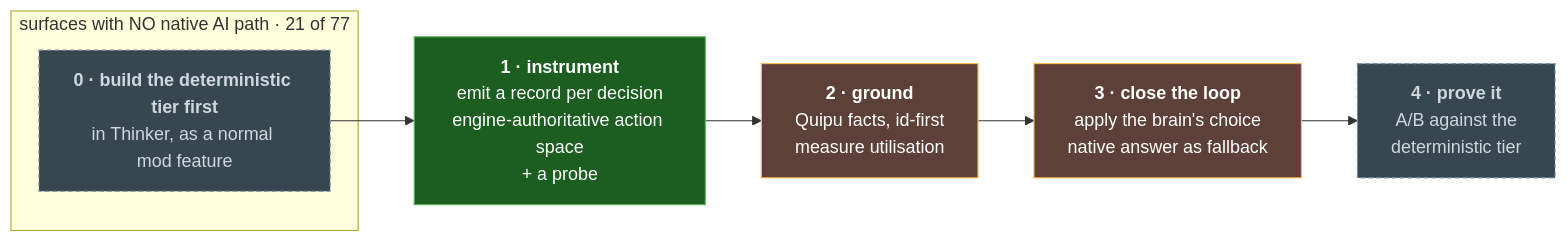
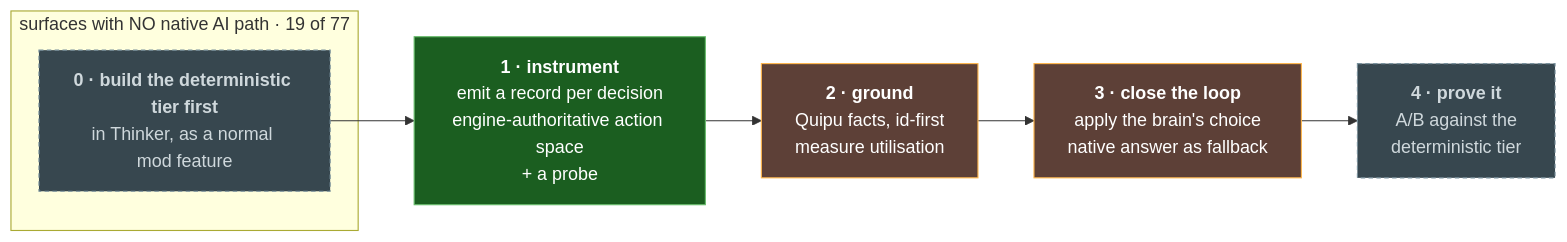
Before and after one commit to scbrown/NeuralAmplifier: the diagram in README.md, drawn with Mermaid. The commit also changed other lines of this file, not shown here.

````diff
--- a/README.md
+++ b/README.md
@@ -242,21 +251,21 @@
 ```mermaid
 flowchart LR
     A["<b>1 · instrument</b><br/>emit a record per decision<br/>engine-authoritative action space<br/>+ a probe"]
     B["<b>2 · ground</b><br/>Quipu facts, id-first<br/>measure utilisation"]
     C["<b>3 · close the loop</b><br/>apply the brain's choice<br/>native answer as fallback"]
     D["<b>4 · prove it</b><br/>A/B against the<br/>deterministic tier"]
 
     A --> B --> C --> D
 
-    subgraph nofb["surfaces with NO native AI path · 21 of 77"]
+    subgraph nofb["surfaces with NO native AI path · 19 of 77"]
         E["<b>0 · build the deterministic tier first</b><br/>in Thinker, as a normal mod feature"]
     end
     E --> A
 
     classDef done fill:#1b5e20,stroke:#66bb6a,color:#fff
     classDef part fill:#5d4037,stroke:#ffb74d,color:#fff
     classDef todo fill:#37474f,stroke:#78909c,color:#cfd8dc,stroke-dasharray: 4 3
     class A done
     class B,C part
     class D,E todo
 ```
````
